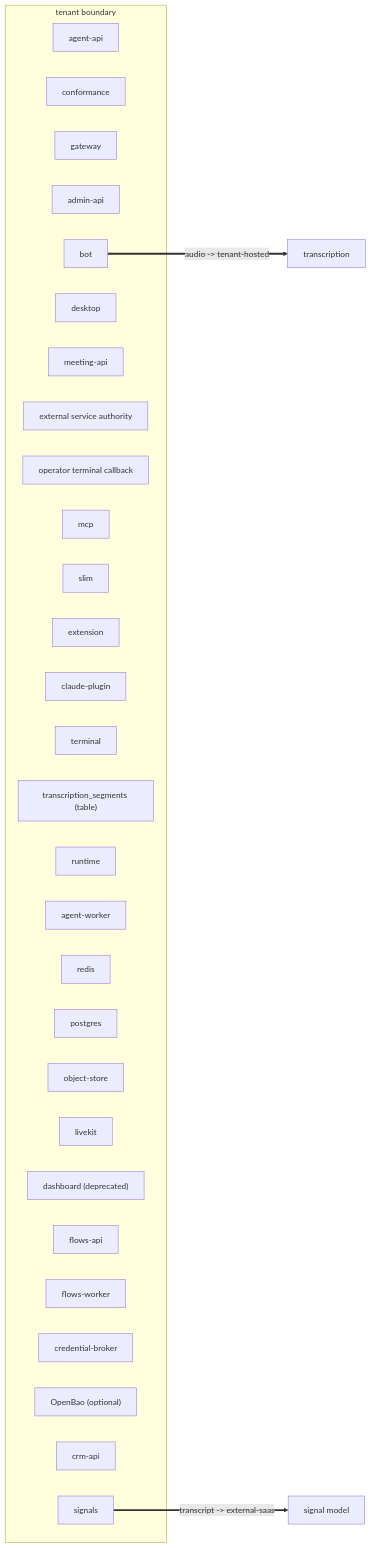
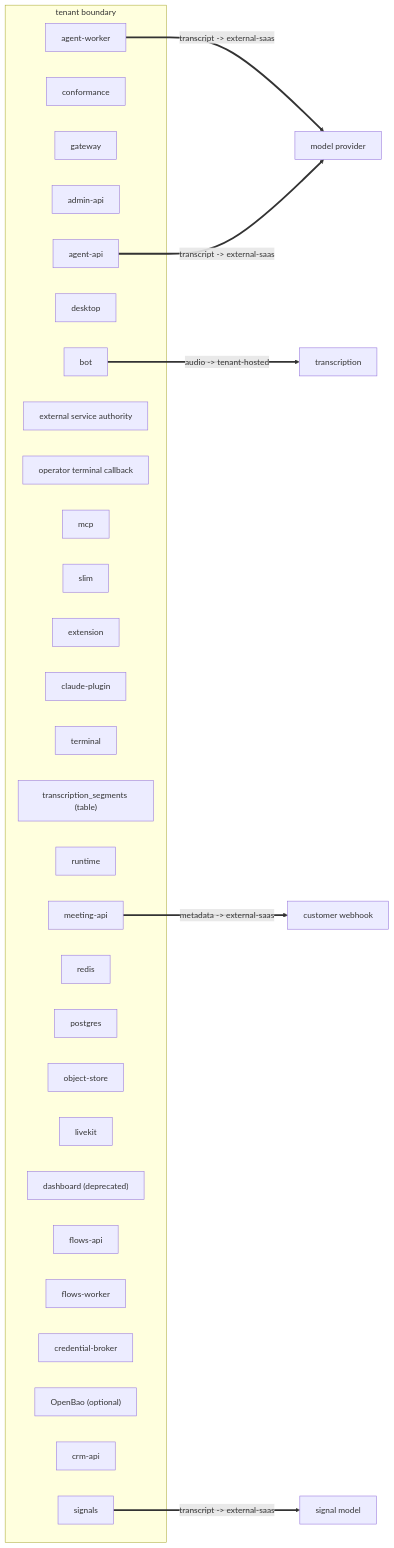
One commit to Vexa-ai/vexa changed the diagram in docs/views/egress.mmd. Above: the diagram before and after it, drawn with Mermaid. The commit also changed 19 other files, not shown here.

First line of the commit message:
land-0134 car 28: the architecture model is CALM 1.2 and every control it names resolves

```diff
--- a/docs/views/egress.mmd
+++ b/docs/views/egress.mmd
@@ -1,36 +1,41 @@
 %% GENERATED — pnpm arch:dsl --write
 flowchart LR
   subgraph tenant["tenant boundary"]
     agent_api["agent-api"]
     conformance["conformance"]
     gateway["gateway"]
     admin_api["admin-api"]
     bot["bot"]
     desktop["desktop"]
     meeting_api["meeting-api"]
     service_authority["external service authority"]
     system_webhook["operator terminal callback"]
     mcp["mcp"]
     slim["slim"]
     extension["extension"]
     claude_plugin["claude-plugin"]
     terminal["terminal"]
     segments_table["transcription_segments (table)"]
     runtime["runtime"]
     agent_worker["agent-worker"]
     redis["redis"]
     postgres["postgres"]
     object_store["object-store"]
     livekit["livekit"]
     dashboard["dashboard (deprecated)"]
     flows_api["flows-api"]
     flows_worker["flows-worker"]
     credentials_broker["credential-broker"]
     credentials_vault["OpenBao (optional)"]
     crm_api["crm-api"]
     signals_service["signals"]
   end
   transcription["transcription"]
   bot ==>|"audio -> tenant-hosted"| transcription
   signal_model["signal model"]
   signals_service ==>|"transcript -> external-saas"| signal_model
+  model_provider["model provider"]
+  agent_worker ==>|"transcript -> external-saas"| model_provider
+  agent_api ==>|"transcript -> external-saas"| model_provider
+  customer_webhook["customer webhook"]
+  meeting_api ==>|"metadata -> external-saas"| customer_webhook
```
